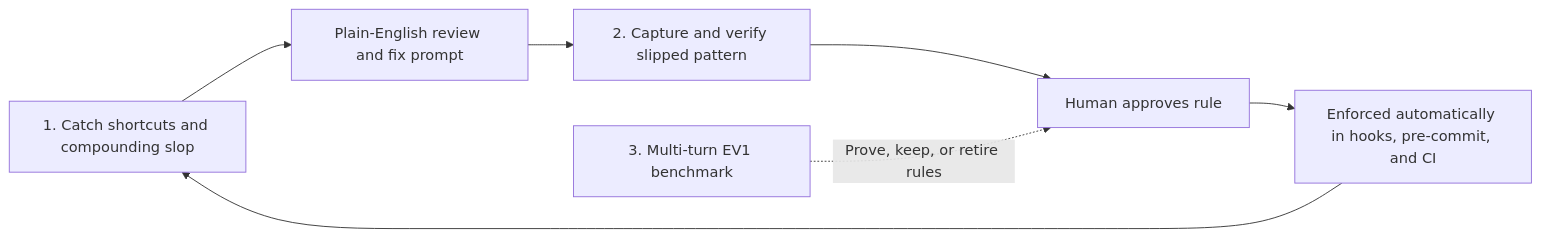
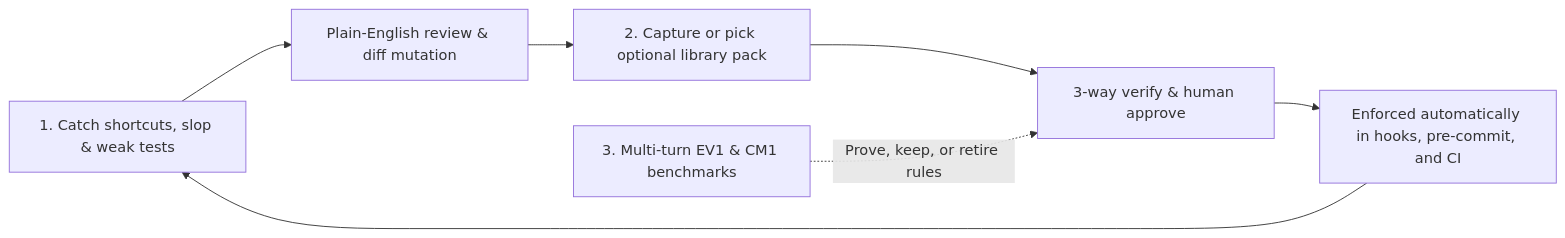
One commit to jremick/anti-slop changed the diagram in README.md. Above: the diagram before and after it, drawn with Mermaid. The commit also changed other lines of this file and 9 other files, not shown here.

Commit message:
Document live v0.7.0 EV1/CM1 results, optional library, and anti-slop-mutate

````diff
--- a/README.md
+++ b/README.md
@@ -18,9 +18,9 @@
 ```mermaid
 flowchart LR
-  A["1. Catch shortcuts and compounding slop"] --> B["Plain-English review and fix prompt"]
-  B --> C["2. Capture and verify slipped pattern"]
-  C --> D["Human approves rule"]
+  A["1. Catch shortcuts, slop & weak tests"] --> B["Plain-English review & diff mutation"]
+  B --> C["2. Capture or pick optional library pack"]
+  C --> D["3-way verify & human approve"]
   D --> E["Enforced automatically in hooks, pre-commit, and CI"]
   E --> A
-  F["3. Multi-turn EV1 benchmark"] -. "Prove, keep, or retire rules" .-> D
+  F["3. Multi-turn EV1 & CM1 benchmarks"] -. "Prove, keep, or retire rules" .-> D
 ```
````
